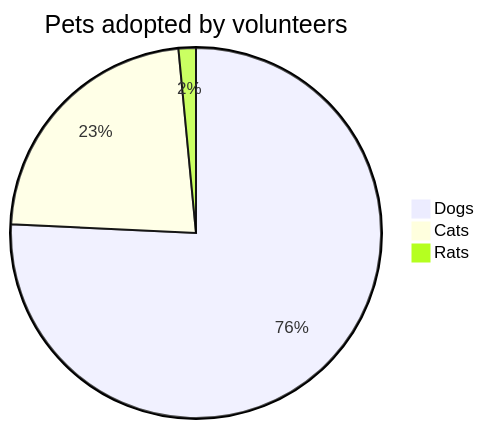
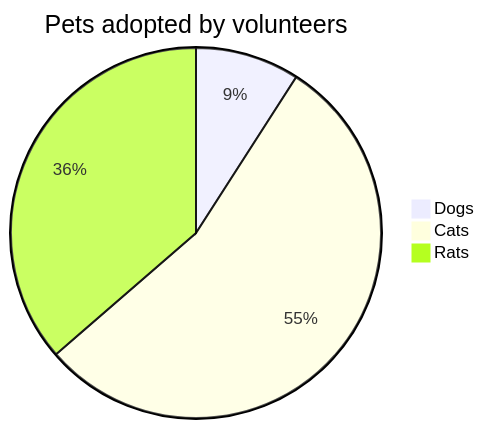
One commit to o81911190902/iodraw-files changed the diagram in all/Untitled.md. Above: the diagram before and after it, drawn with Mermaid.

Commit message:
2025-01-18 20:46:34 update

````diff
--- a/all/Untitled.md
+++ b/all/Untitled.md
@@ -1,7 +1,7 @@
 ```mermaid
 pie title Pets adopted by volunteers
-    "Dogs" : 100
+    "Dogs" : 5
     "Cats" : 30
-    "Rats" : 2
+    "Rats" : 20
             
 ```
````
